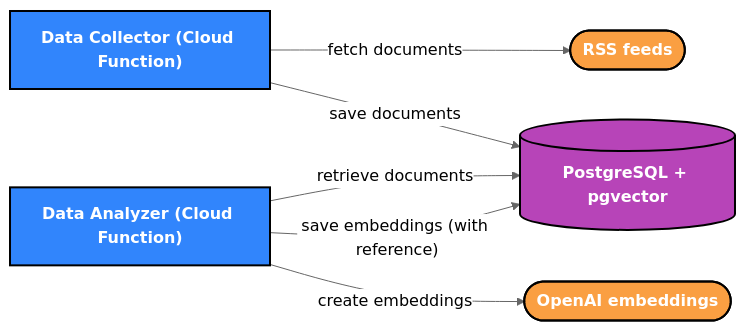
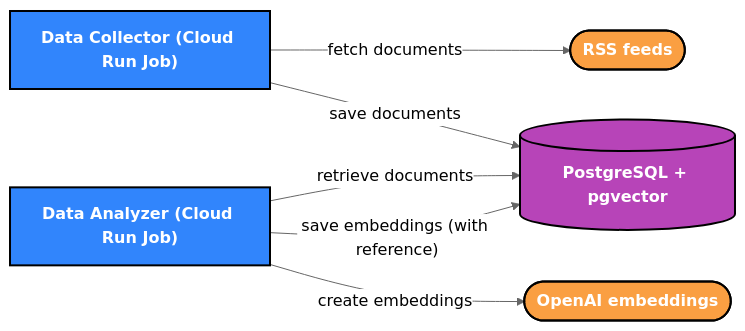
One commit to initialcapacity/ai-starter changed the second of 2 diagrams in README.md. Above: the diagram before and after it, drawn with Mermaid (neutral theme). The commit also changed other lines of this file and 4 other files, not shown here.

````diff
--- a/README.md
+++ b/README.md
@@ -50,25 +50,25 @@
 ```mermaid
 flowchart LR
     embeddings([OpenAI embeddings])
     docs(["RSS feeds"])
     db[("PostgreSQL + pgvector")]
-    collector["Data Collector (Cloud Function)"]
-    analyzer["Data Analyzer (Cloud Function)"]
+    collector["Data Collector (Cloud Run Job)"]
+    analyzer["Data Analyzer (Cloud Run Job)"]
     
     collector -- fetch documents --> docs
     collector -- save documents --> db
     analyzer -- retrieve documents --> db
     analyzer -- create embeddings --> embeddings
     analyzer -- "save embeddings (with reference)" --> db
 
     classDef node font-weight:bold,color:white,stroke:black,stroke-width:2px;
     classDef app fill:#3185FC;
     classDef db fill:#B744B8;
     class app,collector,analyzer app;
     classDef external fill:#FA9F42;
     classDef user fill:#ED6A5A;
 
     class db db;
     class docs,embeddings external;
     class user user;
 ```
````
